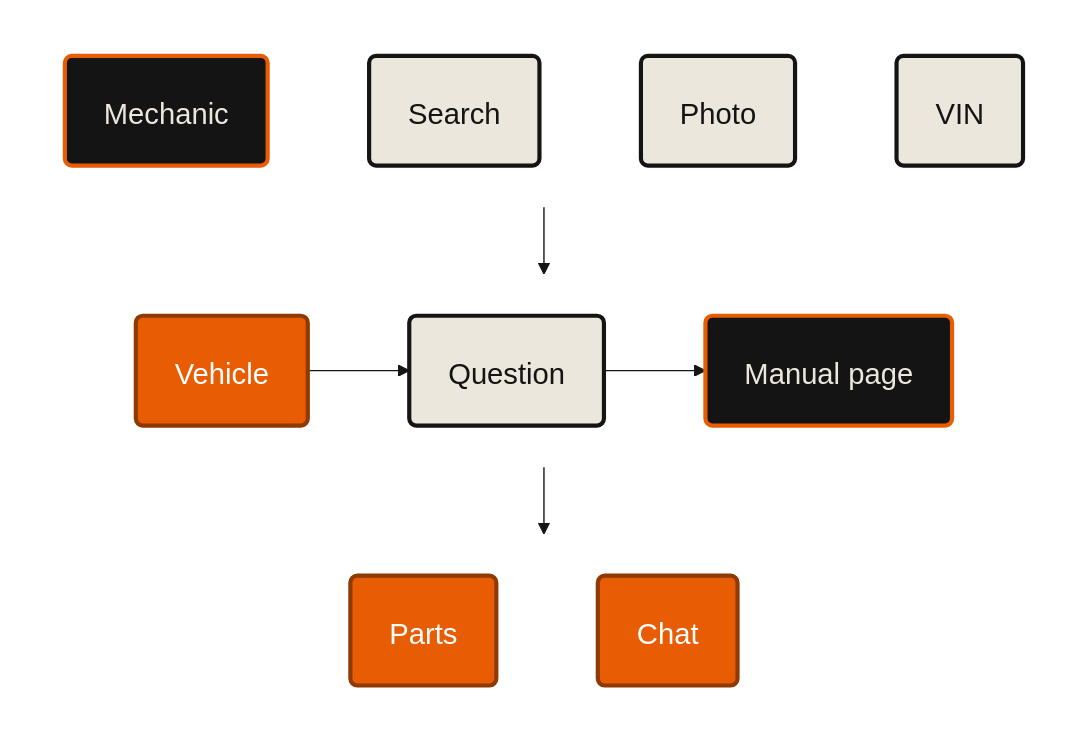
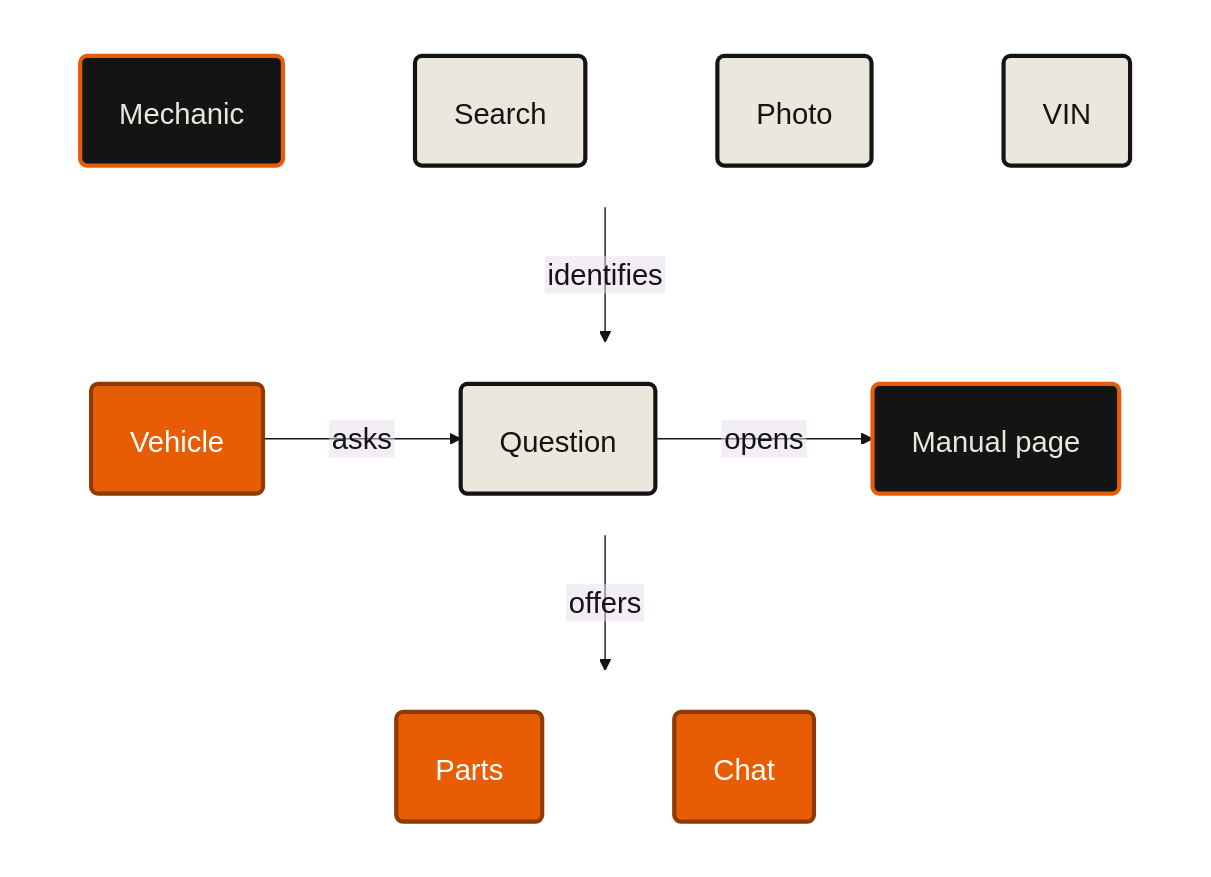
One commit to lxorb/mechanica changed the diagram in docs/pitches/general.md. Above: the diagram before and after it, drawn with Mermaid. The commit also changed other lines of this file and 140 other files, not shown here.

````diff
--- a/docs/pitches/general.md
+++ b/docs/pitches/general.md
@@ -33,25 +33,25 @@
 ```mermaid
-%%{init: {"theme":"base","htmlLabels":false,"themeVariables":{"fontSize":"21px","fontFamily":"Barlow","lineColor":"#141414","primaryColor":"#ece7dc","primaryTextColor":"#141414","primaryBorderColor":"#141414","background":"#ffffff"},"flowchart":{"curve":"linear","htmlLabels":false,"nodeSpacing":40,"rankSpacing":48,"padding":28,"useMaxWidth":false}}}%%
+%%{init: {"theme":"base","htmlLabels":false,"themeVariables":{"fontSize":"21px","fontFamily":"Barlow","lineColor":"#141414","primaryColor":"#ece7dc","primaryTextColor":"#141414","primaryBorderColor":"#141414","background":"#ffffff"},"flowchart":{"curve":"linear","htmlLabels":false,"nodeSpacing":40,"rankSpacing":70,"padding":28,"useMaxWidth":false}}}%%
 flowchart TB
   subgraph R1[" "]
     direction LR
     MECH("Mechanic"):::ends ~~~ SRCH("Search"):::ours ~~~ PHOT("Photo"):::ours ~~~ VIN("VIN"):::ours
   end
   subgraph R2[" "]
     direction LR
-    VEH("Vehicle"):::them --> QN("Question"):::ours --> PAGE("Manual page"):::ends
+    VEH("Vehicle"):::them -- "asks" --> QN("Question"):::ours -- "opens" --> PAGE("Manual page"):::ends
   end
   subgraph R3[" "]
     direction LR
     PRTS("Parts"):::them ~~~ CHAT("Chat"):::them
   end
 
-  R1 --> R2 --> R3
+  R1 -- "identifies" --> R2 -- "offers" --> R3
 
   classDef ends fill:#141414,stroke:#e85d04,stroke-width:3px,color:#ece7dc
   classDef ours fill:#ece7dc,stroke:#141414,stroke-width:3px,color:#141414
   classDef them fill:#e85d04,stroke:#8f3a02,stroke-width:3px,color:#ffffff
   style R1 fill:none,stroke:none
   style R2 fill:none,stroke:none
   style R3 fill:none,stroke:none
 ```
````
